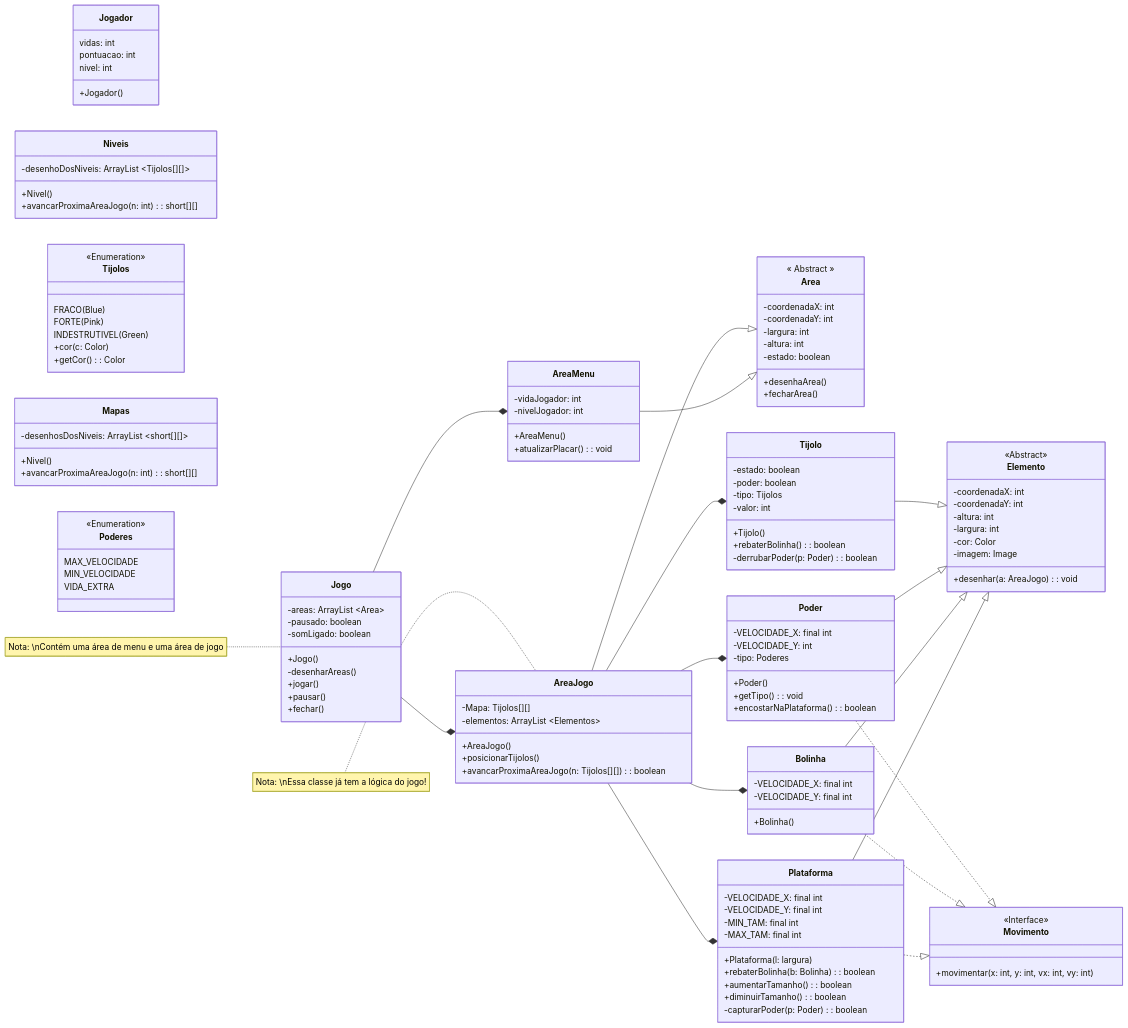
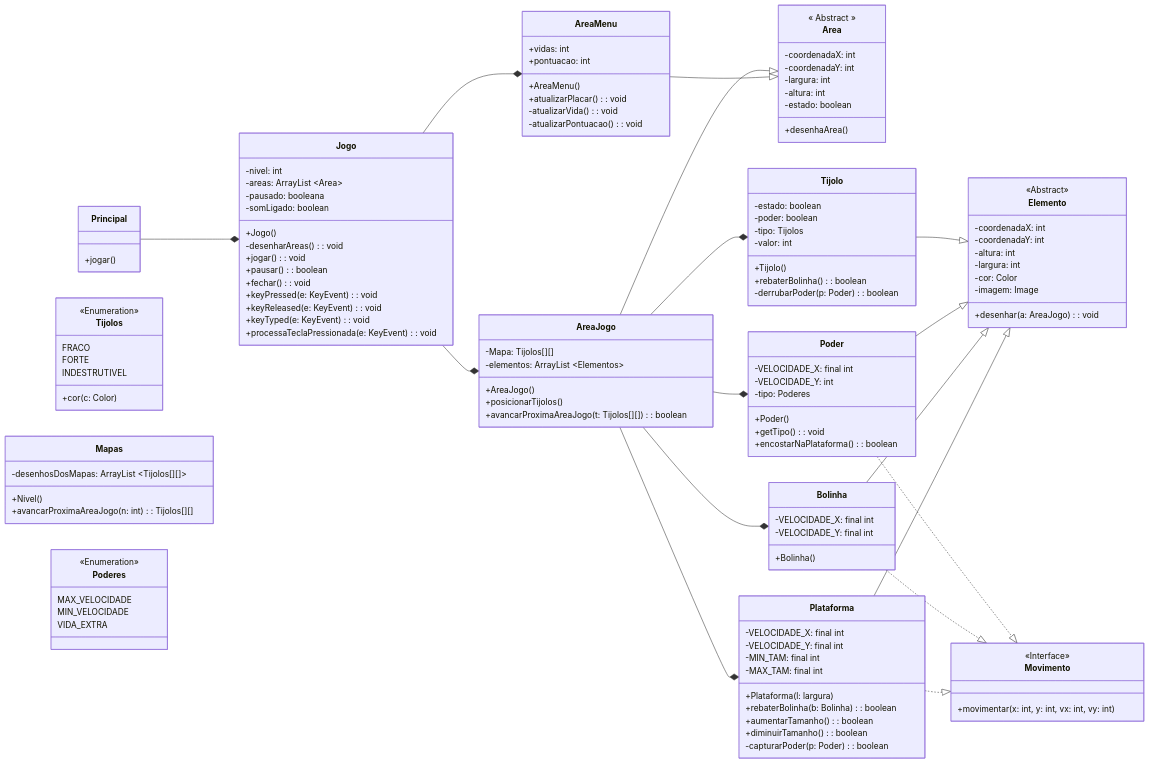
One commit to luizakuze/POO changed the diagram in proj-02/diagrama3.md. Above: the diagram before and after it, drawn with Mermaid.

Commit message:
diagrama denovo

````diff
--- a/proj-02/diagrama3.md
+++ b/proj-02/diagrama3.md
@@ -3,24 +3,32 @@
 classDiagram
     direction LR
 
-    class Jogador {
-        vidas: int
-        pontuacao: int
-        nivel: int
-        +Jogador()
+    class Principal{
+        +jogar()
     }
 
-    note for Jogo "Nota: \nContém uma área de menu e uma área de jogo"
     class Jogo {
+        -nivel: int
         -areas: ArrayList ~Area~
-        -pausado: boolean
+        -pausado: booleana
         -somLigado: boolean
         +Jogo()
-        -desenharAreas()
-        +jogar()
-        +pausar()
-        +fechar()
+        -desenharAreas(): void
+        +jogar(): void
+        +pausar(): boolean
+        +fechar(): void
+        +keyPressed(e: KeyEvent): void
+        +keyReleased(e: KeyEvent): void
+        +keyTyped(e: KeyEvent): void
+        +processaTeclaPressionada(e: KeyEvent): void
+    }
 
+    class AreaJogo {
+        -Mapa: Tijolos[][]
+        -elementos: ArrayList ~Elementos~
+        +AreaJogo()
+        +posicionarTijolos()
+        +avancarProximaAreaJogo(t: Tijolos[][]): boolean
     }
 
     class Area {
@@ -31,41 +39,24 @@
         -altura: int
         -estado: boolean
         +desenhaArea()
-        +fecharArea()
     }
 
     class AreaMenu {
-        -vidaJogador: int
-        -nivelJogador: int
+        +vidas: int
+        +pontuacao: int
         +AreaMenu()
         +atualizarPlacar(): void
-    }
-
-    note for AreaJogo "Nota: \nEssa classe já tem a lógica do jogo!"
-   class AreaJogo {
-        -Mapa: Tijolos[][]
-        -elementos: ArrayList ~Elementos~
-        +AreaJogo()
-        +posicionarTijolos()
-        +avancarProximaAreaJogo(n: Tijolos[][]): boolean
-    }
-
-    class Niveis {
-        -desenhoDosNiveis: ArrayList ~Tijolos[][]~
-        +Nivel()
-        +avancarProximaAreaJogo(n: int): short[][]
-
+        -atualizarVida(): void
+        -atualizarPontuacao(): void
     }
 
     class Tijolos {
         <<Enumeration>>
-        FRACO(Blue)
-        FORTE(Pink)
-        INDESTRUTIVEL(Green)
+        FRACO
+        FORTE
+        INDESTRUTIVEL
         +cor(c: Color)
-        +getCor(): Color
     }
-
 
     class Plataforma{
         -VELOCIDADE_X: final int
@@ -121,9 +112,9 @@
     }
 
     class Mapas {
-        -desenhosDosNiveis: ArrayList ~short[][]~
+        -desenhosDosMapas: ArrayList ~Tijolos[][]~
         +Nivel()
-        +avancarProximaAreaJogo(n: int): short[][]
+        +avancarProximaAreaJogo(n: int): Tijolos[][]
 
     }
 
@@ -152,5 +143,8 @@
 
     AreaJogo --|> Area 
     AreaMenu --|> Area 
+
+    Principal --* Jogo
+
     
 ```
````
